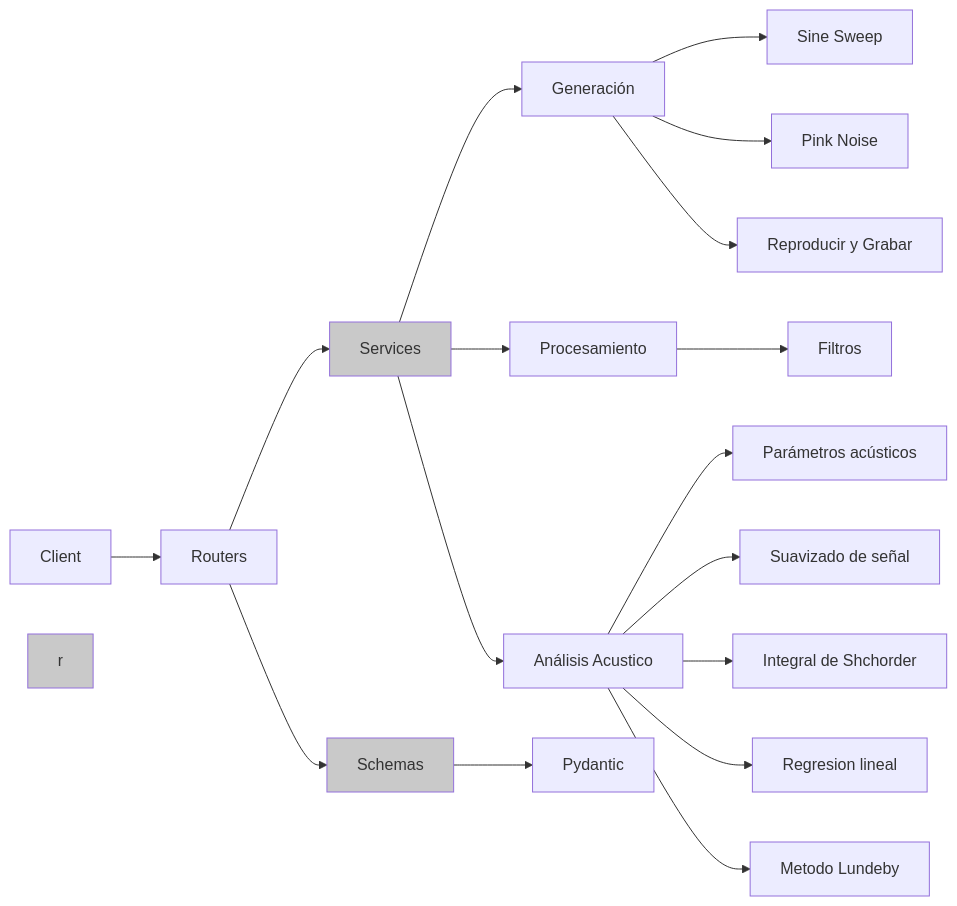
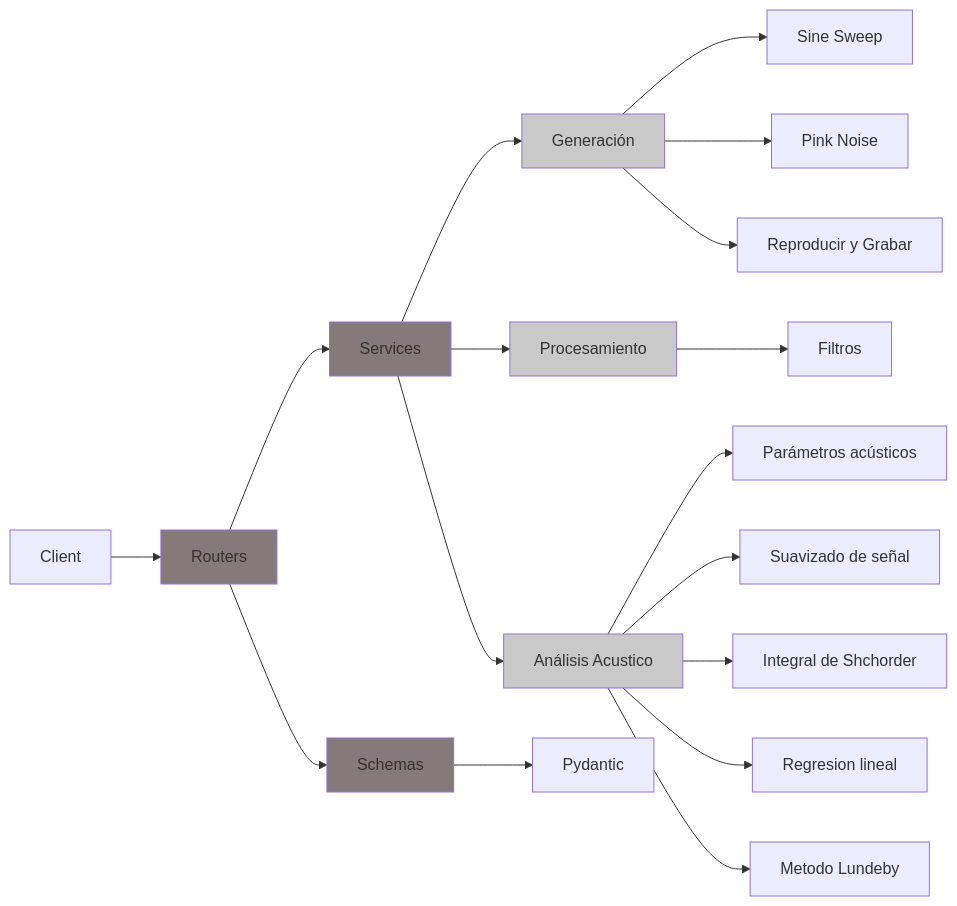
Before and after one commit to valentinadepiero/trabajo-practico-ss: the diagram in README.md, drawn with Mermaid.

Commit message:
Restore README.md with project information
Restored the README.md file with project details, installation instructions, and milestones.

````diff
--- a/README.md
+++ b/README.md
@@ -60,23 +60,28 @@
 ```mermaid
 graph LR
 Client --> R[Routers]
 R --> S[Services]
 S --> Gen[Generación]
 Gen --> SS[Sine Sweep]
 Gen --> PN[Pink Noise]
 Gen --> Rec[Reproducir y Grabar]
 S --> Proc[Procesamiento]
 Proc --> F[Filtros]
 S --> An[Análisis Acustico]
 An --> Par[Parámetros acústicos]
 An -->Sua[Suavizado de señal]
 An -->InS[Integral de Shchorder]
 An -->Reg[Regresion lineal]
 An -->Mlun[Metodo Lundeby]
 R --> Sch[Schemas]
 Sch -->Pydantic
 
-style S fill: #c9c9c9
-style Sch fill: #c9c9c9
-style r fill: #c9c9c9
+style S fill: #857979
+style Sch fill: #857979
+style R fill: #857979
+style Gen fill: #c9c9c9
+style Proc fill: #c9c9c9
+style An fill: #c9c9c9
+
+
 ```
````
